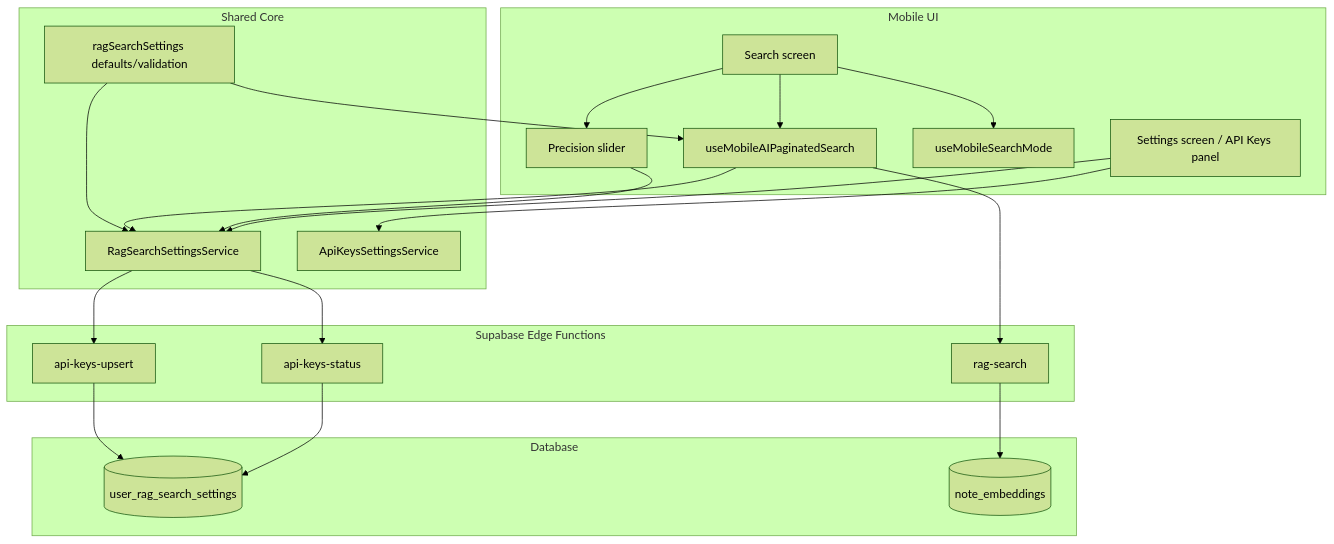
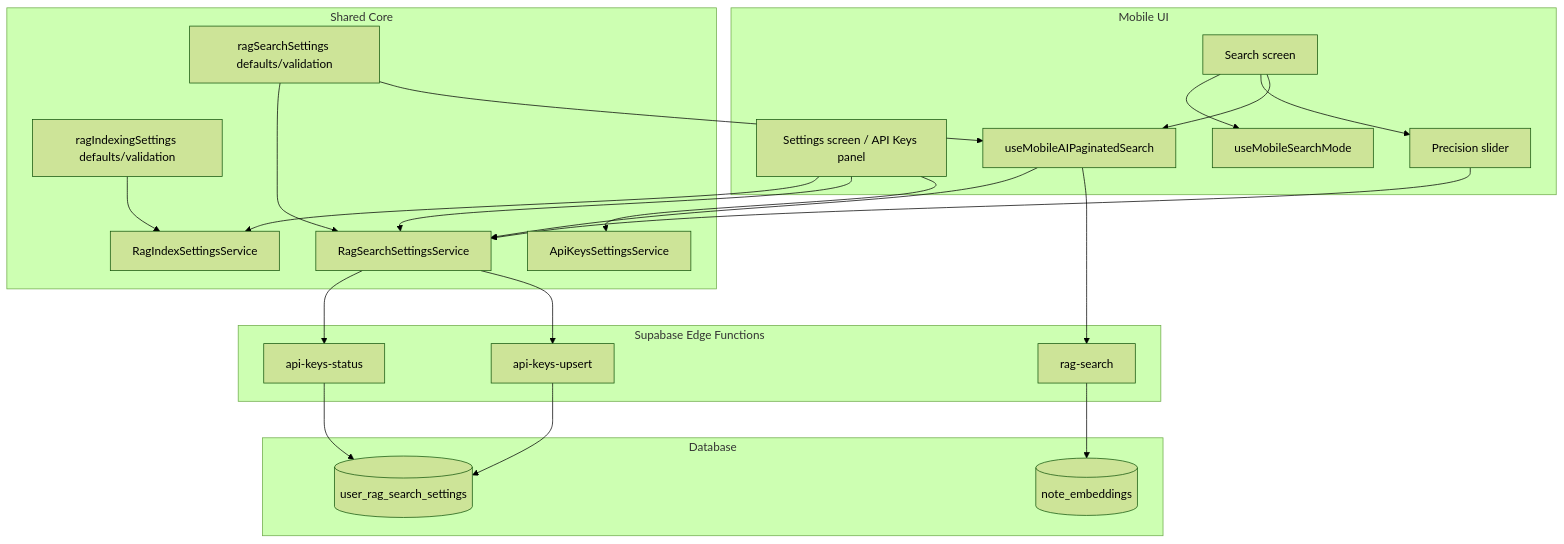
Before and after one commit to koreyba/EverFreeNote: the diagram in docs/ai/design/feature-mobile-rag-retrieval-tuning-ui.md, drawn with Mermaid (forest theme). The commit also changed other lines of this file and 7 other files, not shown here.

Commit message:
Add mobile RAG indexing settings panel

````diff
--- a/docs/ai/design/feature-mobile-rag-retrieval-tuning-ui.md
+++ b/docs/ai/design/feature-mobile-rag-retrieval-tuning-ui.md
@@ -12,43 +12,47 @@
 ```mermaid
 graph TD
     subgraph Mobile UI
         Settings["Settings screen / API Keys panel"]
         Search["Search screen"]
         Slider["Precision slider"]
         MobileMode["useMobileSearchMode"]
         MobileHook["useMobileAIPaginatedSearch"]
     end
 
     subgraph Shared Core
+        IndexSettings["ragIndexingSettings defaults/validation"]
+        IndexService["RagIndexSettingsService"]
         SearchSettings["ragSearchSettings defaults/validation"]
         SearchService["RagSearchSettingsService"]
         ApiKeys["ApiKeysSettingsService"]
     end
 
     subgraph Supabase Edge Functions
         Status["api-keys-status"]
         Upsert["api-keys-upsert"]
         RagSearch["rag-search"]
     end
 
     subgraph Database
         SearchSettingsTable[("user_rag_search_settings")]
         Embeddings[("note_embeddings")]
     end
 
+    Settings --> IndexService
     Settings --> SearchService
     Settings --> ApiKeys
     Search --> MobileMode
     Search --> Slider
     Slider --> SearchService
     Search --> MobileHook
     MobileHook --> SearchService
     MobileHook --> RagSearch
     SearchService --> Status
     SearchService --> Upsert
     Status --> SearchSettingsTable
     Upsert --> SearchSettingsTable
     RagSearch --> Embeddings
+    IndexSettings --> IndexService
     SearchSettings --> SearchService
     SearchSettings --> MobileHook
 ```
````
